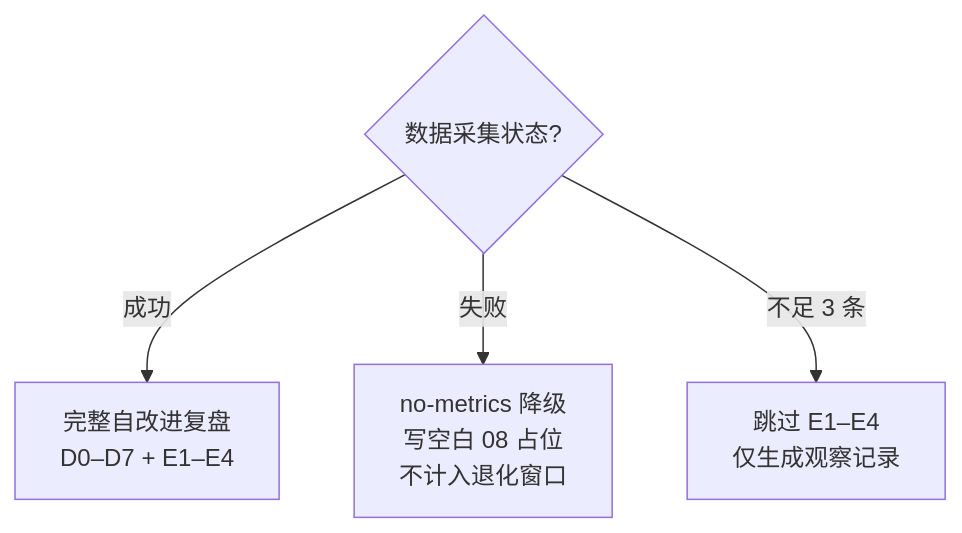
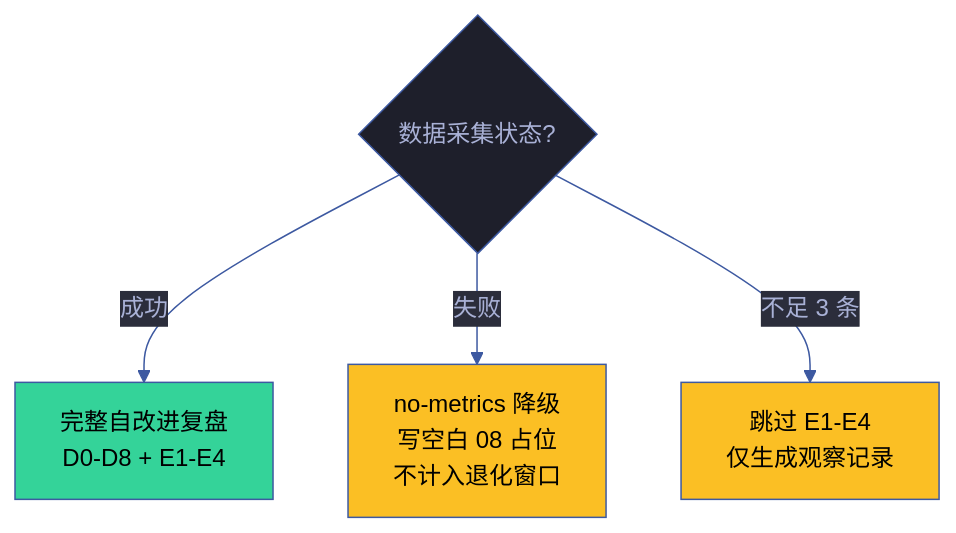
Before and after one commit to effiy/YrY: the seventh of 10 diagrams in skills/rui-yry/rules/self-improve.md, drawn with Mermaid. The commit also changed other lines of this file and 1028 other files, not shown here.

````diff
--- a/skills/rui-yry/rules/self-improve.md
+++ b/skills/rui-yry/rules/self-improve.md
@@ -198,9 +268,18 @@
 ```mermaid
+%%{init: {'theme': 'base', 'themeVariables': {
+  'primaryColor': '#1e1f2b',
+  'primaryTextColor': '#a9b1d6',
+  'primaryBorderColor': '#3d59a1',
+  'lineColor': '#3d59a1',
+  'secondaryColor': '#2b2d3b',
+  'tertiaryColor': '#21232f'
+}}}%%
 flowchart TD
     Q1{"数据采集状态?"}
-    Q1 -->|"成功"| FULL["完整自改进复盘<br/>D0–D7 + E1–E4"]:::ok
+    Q1 -->|"成功"| FULL["完整自改进复盘<br/>D0-D8 + E1-E4"]:::ok
     Q1 -->|"失败"| NOOP["no-metrics 降级<br/>写空白 08 占位<br/>不计入退化窗口"]:::warn
-    Q1 -->|"不足 3 条"| OBS["跳过 E1–E4<br/>仅生成观察记录"]:::warn
+    Q1 -->|"不足 3 条"| OBS["跳过 E1-E4<br/>仅生成观察记录"]:::warn
 
-
+    classDef ok fill:#34d399,color:#000
+    classDef warn fill:#fbbf24,color:#000
 ```
````
